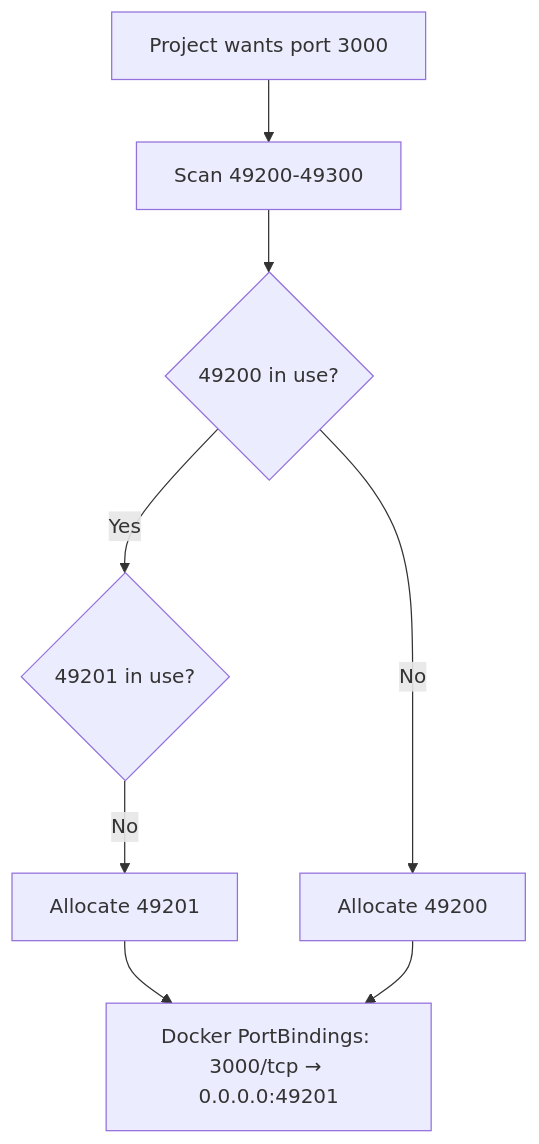
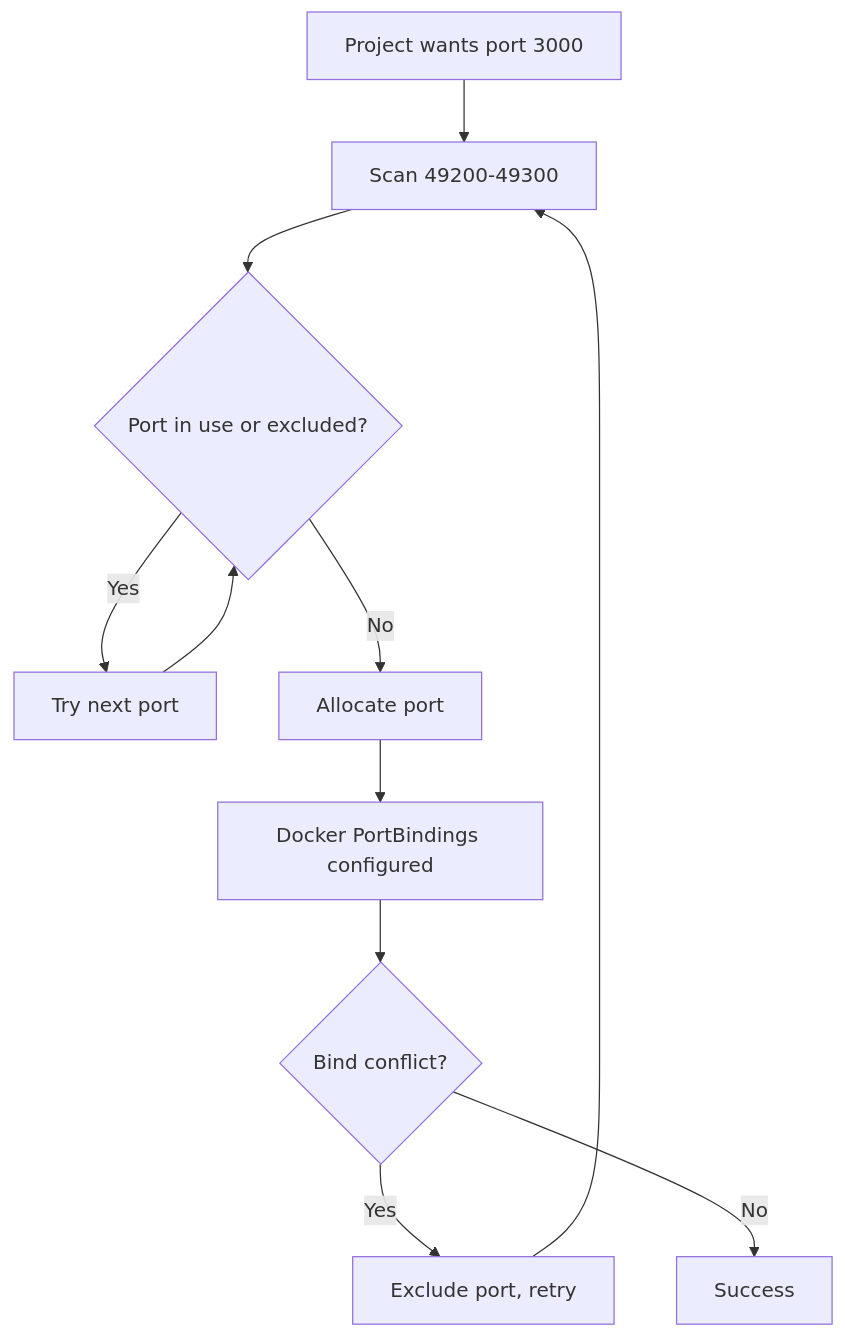
The fourth of 4 diagrams in documentation/workflows/update_craftsman_port_forwarding.md (marcus-gc/workshop), drawn with Mermaid before and after one commit. The commit also changed other lines of this file and 10 other files, not shown here.

````diff
--- a/documentation/workflows/update_craftsman_port_forwarding.md
+++ b/documentation/workflows/update_craftsman_port_forwarding.md
@@ -126,13 +140,16 @@
 ```mermaid
 flowchart TD
   A[Project wants port 3000] --> B[Scan 49200-49300]
-  B --> C{49200 in use?}
-  C -->|Yes| D{49201 in use?}
-  D -->|No| E[Allocate 49201]
-  C -->|No| F[Allocate 49200]
-  E --> G[Docker PortBindings: 3000/tcp → 0.0.0.0:49201]
-  F --> G
+  B --> C{Port in use or excluded?}
+  C -->|Yes| D[Try next port]
+  D --> C
+  C -->|No| E[Allocate port]
+  E --> F[Docker PortBindings configured]
+  F --> G{Bind conflict?}
+  G -->|Yes| H[Exclude port, retry]
+  H --> B
+  G -->|No| I[Success]
 
-  click B href "#" "server/src/services/docker.ts:28-34"
-  click G href "#" "server/src/services/docker.ts:76-86"
+  click B href "#" "server/src/services/docker.ts:85-140"
+  click F href "#" "server/src/services/docker.ts:100-115"
 ```
````
